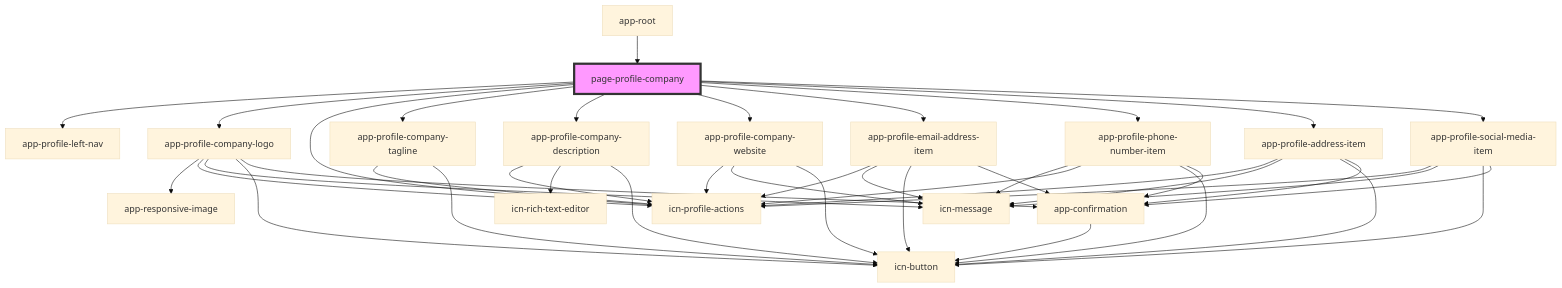
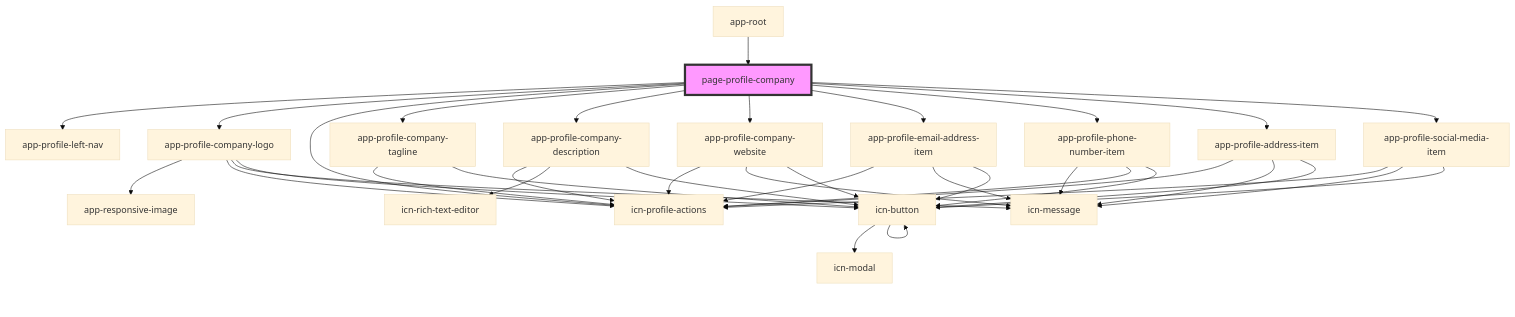
The diagram in iconeventnetwork-web/src/components/pages/page-profile-company/readme.md (lokheed/IconEventNetwork.Web), drawn with Mermaid (base theme) before and after one commit. The commit also changed 38 other files, not shown here.

First line of the commit message:
Implemented icn-modal

````diff
--- a/iconeventnetwork-web/src/components/pages/page-profile-company/readme.md
+++ b/iconeventnetwork-web/src/components/pages/page-profile-company/readme.md
@@ -35,45 +35,41 @@
 ```mermaid
 graph TD;
   page-profile-company --> app-profile-left-nav
   page-profile-company --> app-profile-company-logo
   page-profile-company --> icn-profile-actions
   page-profile-company --> app-profile-company-tagline
   page-profile-company --> app-profile-company-description
   page-profile-company --> app-profile-company-website
   page-profile-company --> app-profile-email-address-item
   page-profile-company --> app-profile-phone-number-item
   page-profile-company --> app-profile-address-item
   page-profile-company --> app-profile-social-media-item
   app-profile-company-logo --> app-responsive-image
   app-profile-company-logo --> icn-profile-actions
   app-profile-company-logo --> icn-message
   app-profile-company-logo --> icn-button
-  app-profile-company-logo --> app-confirmation
-  app-confirmation --> icn-button
+  icn-button --> icn-modal
+  icn-button --> icn-button
   app-profile-company-tagline --> icn-profile-actions
   app-profile-company-tagline --> icn-button
   app-profile-company-description --> icn-profile-actions
   app-profile-company-description --> icn-rich-text-editor
   app-profile-company-description --> icn-button
   app-profile-company-website --> icn-profile-actions
   app-profile-company-website --> icn-message
   app-profile-company-website --> icn-button
   app-profile-email-address-item --> icn-profile-actions
   app-profile-email-address-item --> icn-message
   app-profile-email-address-item --> icn-button
-  app-profile-email-address-item --> app-confirmation
   app-profile-phone-number-item --> icn-message
   app-profile-phone-number-item --> icn-profile-actions
   app-profile-phone-number-item --> icn-button
-  app-profile-phone-number-item --> app-confirmation
   app-profile-address-item --> icn-profile-actions
   app-profile-address-item --> icn-message
   app-profile-address-item --> icn-button
-  app-profile-address-item --> app-confirmation
   app-profile-social-media-item --> icn-profile-actions
   app-profile-social-media-item --> icn-message
   app-profile-social-media-item --> icn-button
-  app-profile-social-media-item --> app-confirmation
   app-root --> page-profile-company
   style page-profile-company fill:#f9f,stroke:#333,stroke-width:4px
 ```
````
